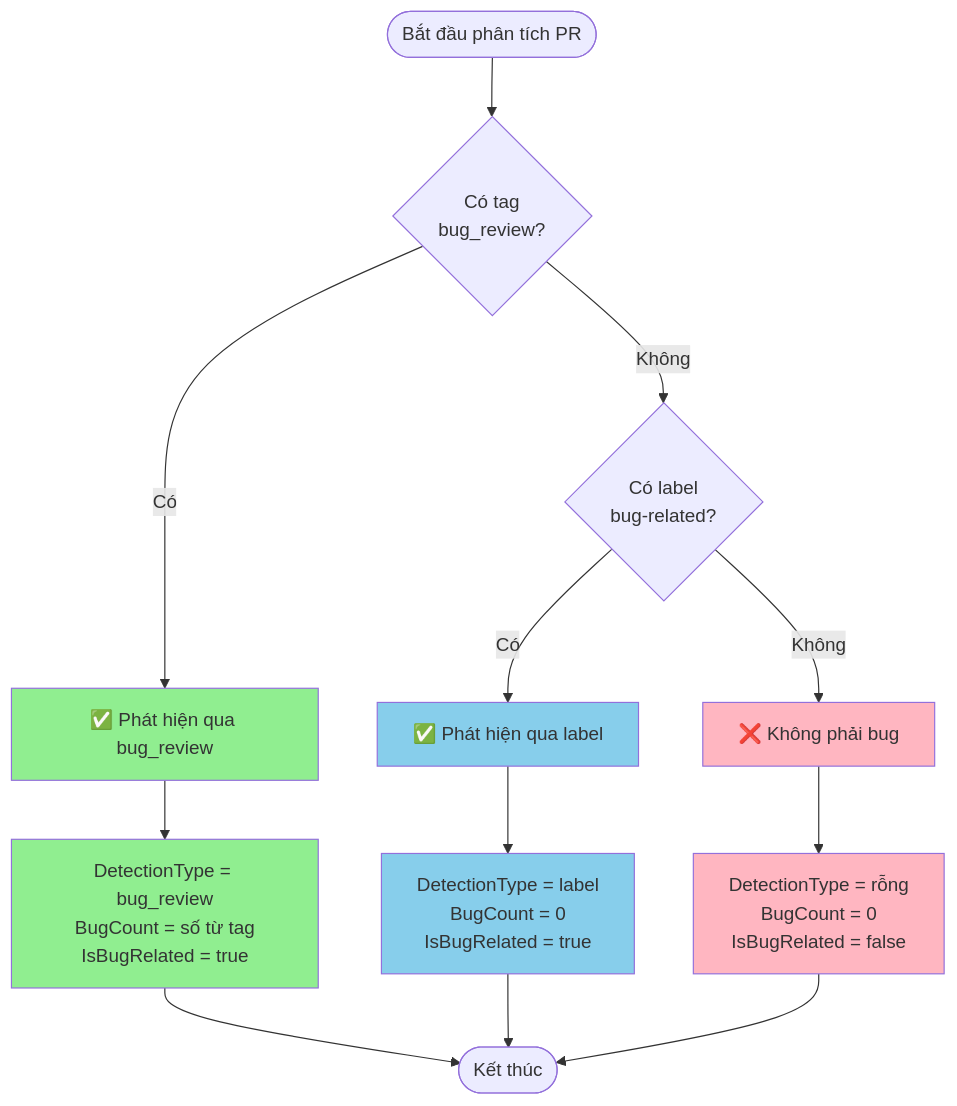
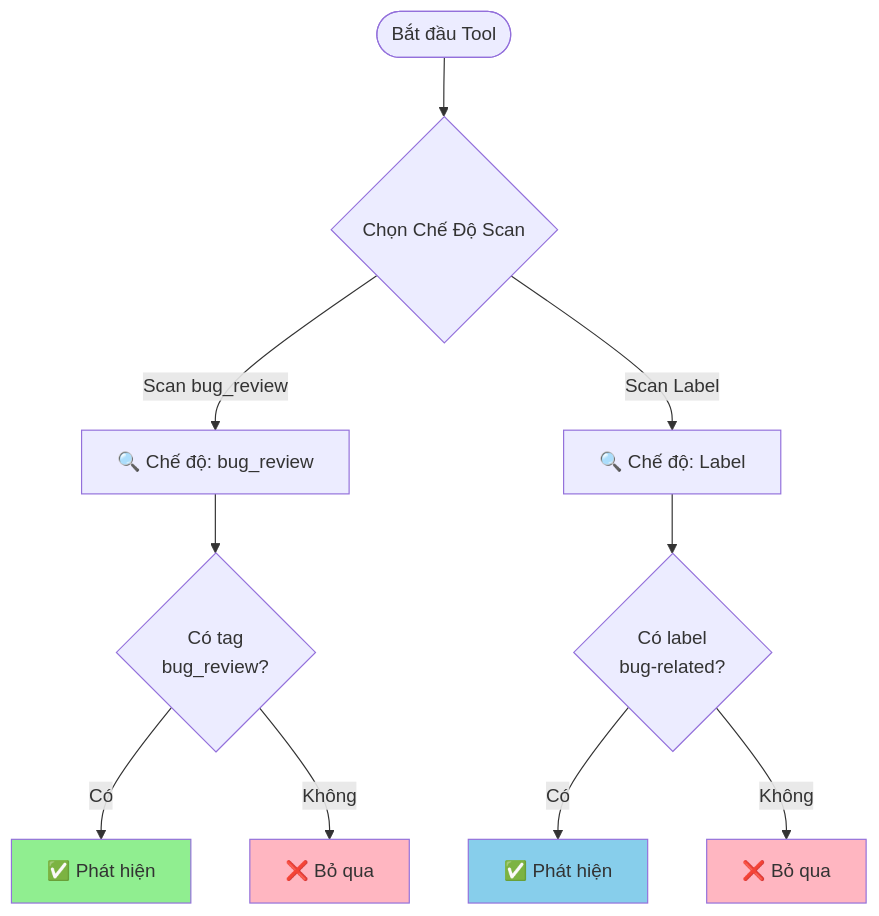
One commit to vfa-khuongdv/homebrew-bug-crawler changed the diagram in docs/bug-detection-guide.md. Above: the diagram before and after it, drawn with Mermaid. The commit also changed other lines of this file and 2 other files, not shown here.

Commit message:
feat: Add 'Number Bug' column to CSV report with conditional logic for 'bug_review' detection and include new unit tests.

````diff
--- a/docs/bug-detection-guide.md
+++ b/docs/bug-detection-guide.md
@@ -277,25 +165,19 @@
 ```mermaid
 flowchart TD
-    Start([Bắt đầu phân tích PR]) --> CheckBugReview{Có tag<br/>bug_review?}
+    Start([Bắt đầu Tool]) --> SelectMode{Chọn Chế Độ Scan}
     
-    CheckBugReview -->|Có| BugReviewFound[✅ Phát hiện qua bug_review]
-    BugReviewFound --> SetBugReview[DetectionType = bug_review<br/>BugCount = số từ tag<br/>IsBugRelated = true]
-    SetBugReview --> End([Kết thúc])
+    SelectMode -->|Scan bug_review| ModeReview[🔍 Chế độ: bug_review]
+    ModeReview --> CheckReview{Có tag<br/>bug_review?}
+    CheckReview -->|Có| FoundReview[✅ Phát hiện]
+    CheckReview -->|Không| NotFoundReview[❌ Bỏ qua]
     
-    CheckBugReview -->|Không| CheckLabel{Có label<br/>bug-related?}
+    SelectMode -->|Scan Label| ModeLabel[🔍 Chế độ: Label]
+    ModeLabel --> CheckLabel{Có label<br/>bug-related?}
+    CheckLabel -->|Có| FoundLabel[✅ Phát hiện]
+    CheckLabel -->|Không| NotFoundLabel[❌ Bỏ qua]
     
-    CheckLabel -->|Có| LabelFound[✅ Phát hiện qua label]
-    LabelFound --> SetLabel[DetectionType = label<br/>BugCount = 0<br/>IsBugRelated = true]
-    SetLabel --> End
-    
-    CheckLabel -->|Không| NotBug[❌ Không phải bug]
-    NotBug --> SetNotBug[DetectionType = rỗng<br/>BugCount = 0<br/>IsBugRelated = false]
-    SetNotBug --> End
-    
-    style BugReviewFound fill:#90EE90
-    style LabelFound fill:#87CEEB
-    style NotBug fill:#FFB6C1
-    style SetBugReview fill:#90EE90
-    style SetLabel fill:#87CEEB
-    style SetNotBug fill:#FFB6C1
+    style FoundReview fill:#90EE90
+    style FoundLabel fill:#87CEEB
+    style NotFoundReview fill:#FFB6C1
+    style NotFoundLabel fill:#FFB6C1
 ```
````
